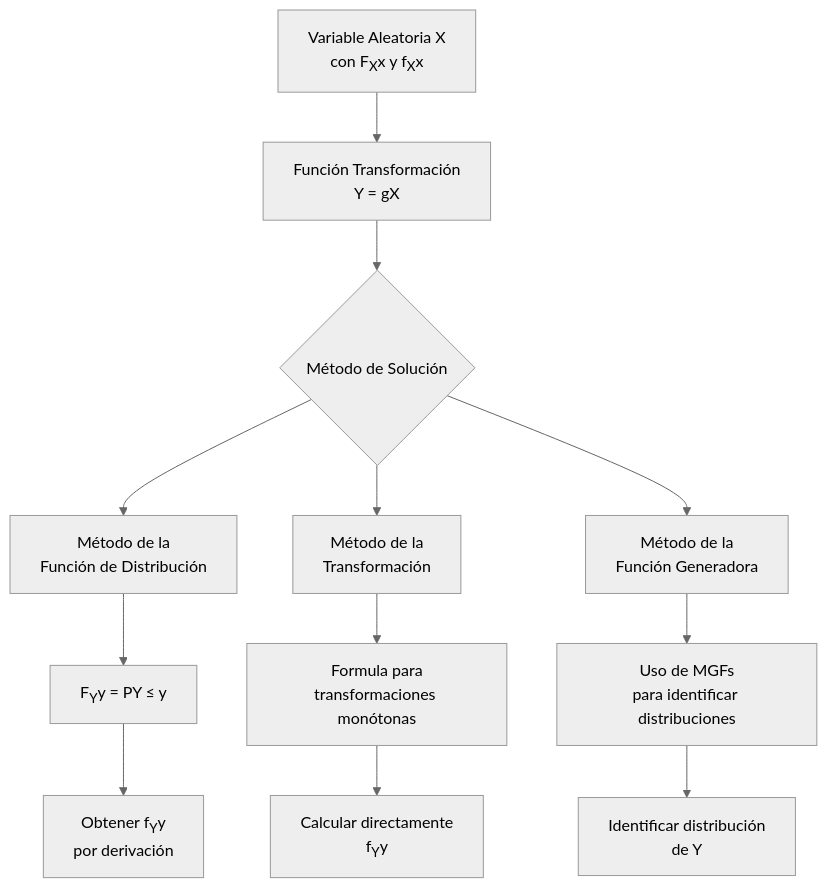
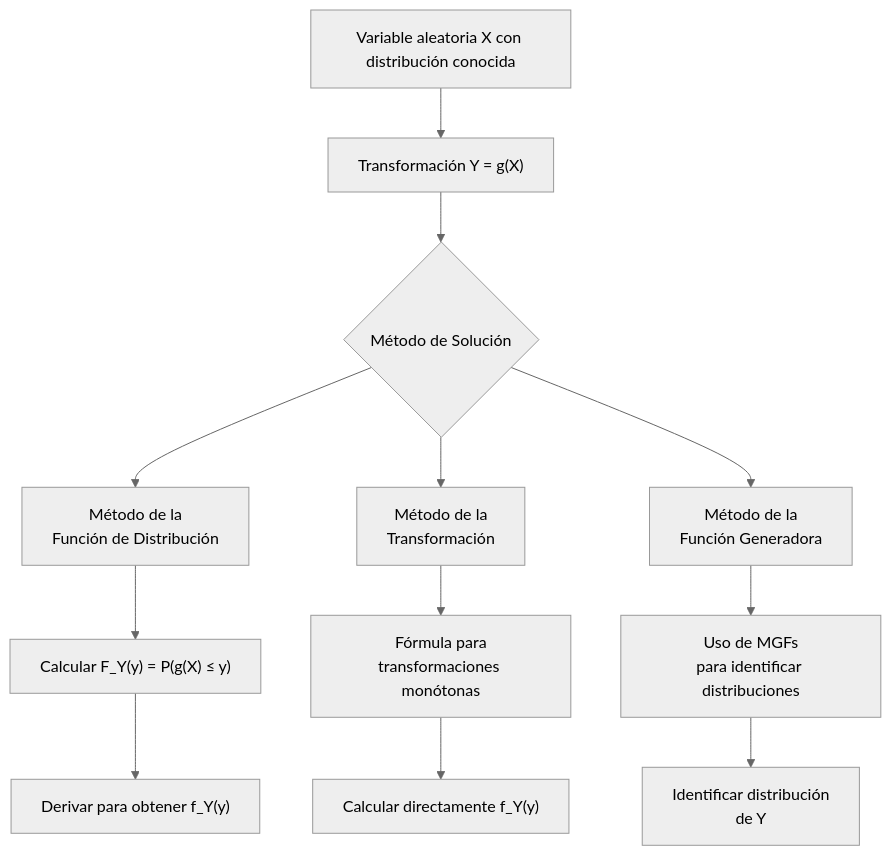
One commit to djaimej/computer-science-template changed the diagram in public/documents/semester-3/4/3425.md. Above: the diagram before and after it, drawn with Mermaid (neutral theme). The commit also changed other lines of this file and 5 other files, not shown here.

````diff
--- a/public/documents/semester-3/4/3425.md
+++ b/public/documents/semester-3/4/3425.md
@@ -11,16 +11,16 @@
 ```mermaid
 flowchart TD
-    A[Variable Aleatoria X<br>con F<sub>X</sub>x y f<sub>X</sub>x] --> B[Función Transformación<br>Y = gX]
+    A["Variable aleatoria X con distribución conocida"] --> B["Transformación Y = g(X)"]
     B --> C{Método de Solución}
     C --> D[Método de la<br>Función de Distribución]
     C --> E[Método de la<br>Transformación]
     C --> F[Método de la<br>Función Generadora]
 
-    D --> G[F<sub>Y</sub>y = PY ≤ y]
-    E --> H[Formula para<br>transformaciones monótonas]
+    D --> G["Calcular F_Y(y) = P(g(X) ≤ y)"]
+    E --> H[Fórmula para<br>transformaciones monótonas]
     F --> I[Uso de MGFs<br>para identificar distribuciones]
 
-    G --> J[Obtener f<sub>Y</sub>y<br>por derivación]
-    H --> K[Calcular directamente<br>f<sub>Y</sub>y]
+    G --> J["Derivar para obtener f_Y(y)"]
+    H --> K["Calcular directamente f_Y(y)"]
     I --> L[Identificar distribución<br>de Y]
 ```
````
